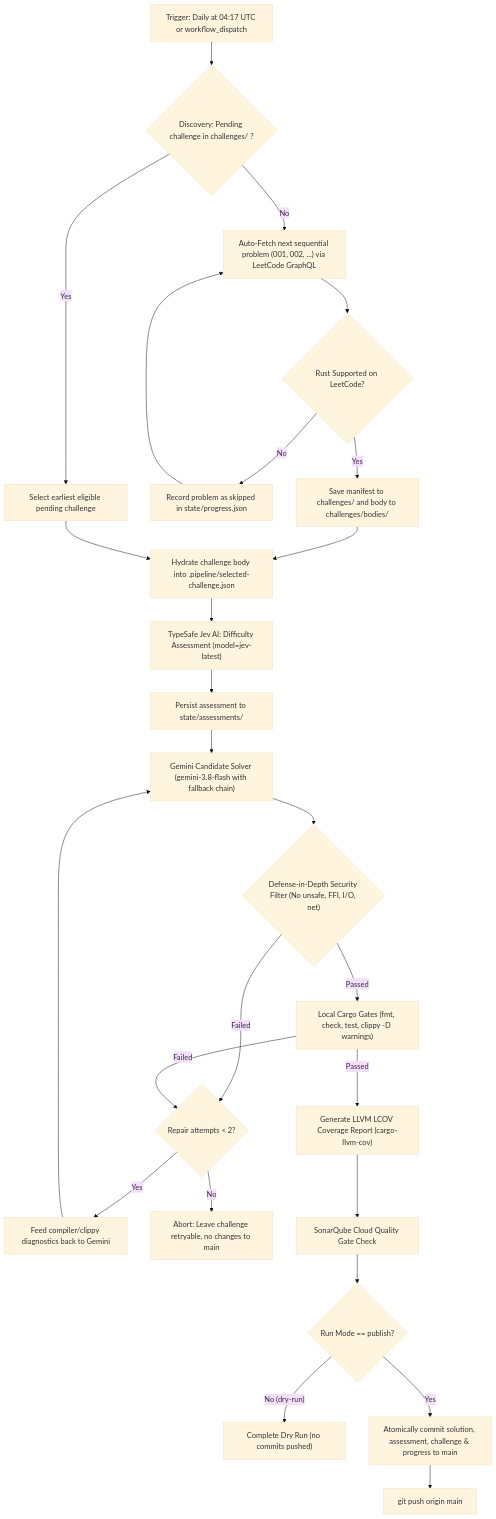
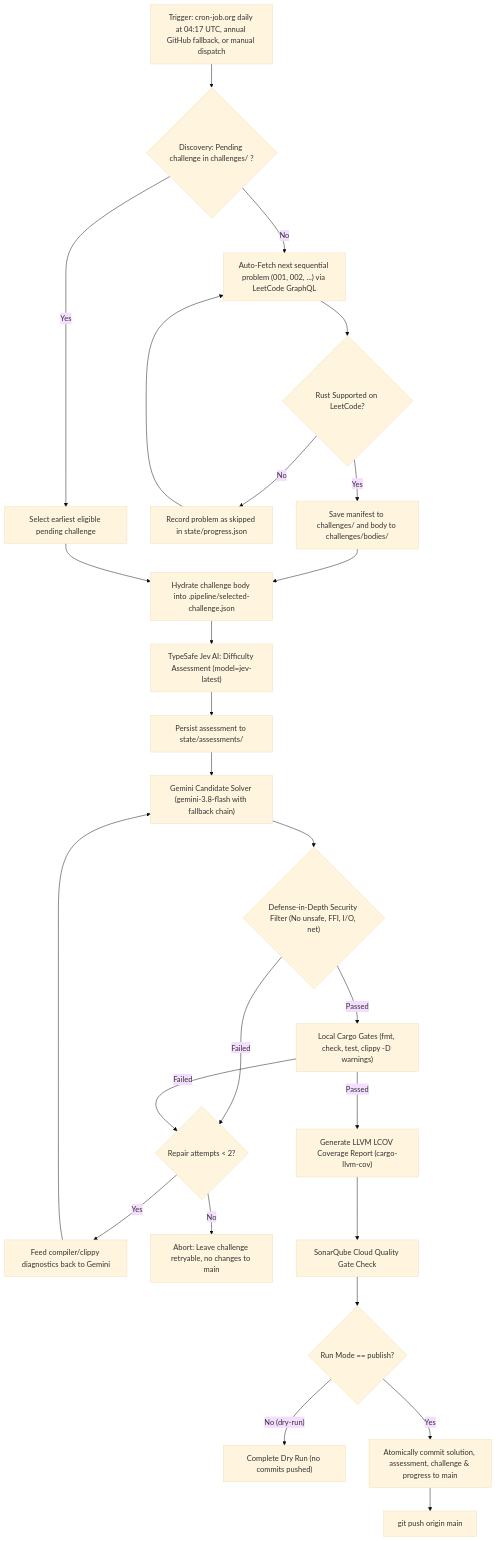
One commit to marcelomiyake/autonomous-rust-leetcode-solver-pipeline changed the first of 2 diagrams in README.md. Above: the diagram before and after it, drawn with Mermaid (base theme). The commit also changed other lines of this file and 2 other files, not shown here.

Commit message:
fix(ci): dispatch solver through cron-job.org

````diff
--- a/README.md
+++ b/README.md
@@ -14,37 +14,37 @@
 ```mermaid
 flowchart TD
-    Trigger["Trigger: Daily at 04:17 UTC or workflow_dispatch"] --> Discovery{"Discovery: Pending challenge in challenges/ ?"}
+    Trigger["Trigger: cron-job.org daily at 04:17 UTC, annual GitHub fallback, or manual dispatch"] --> Discovery{"Discovery: Pending challenge in challenges/ ?"}
 
     Discovery -- Yes --> SelectPending["Select earliest eligible pending challenge"]
     Discovery -- No --> FetchNext["Auto-Fetch next sequential problem (001, 002, ...) via LeetCode GraphQL"]
 
     FetchNext --> CheckRust{"Rust Supported on LeetCode?"}
     CheckRust -- No --> SkipProblem["Record problem as skipped in state/progress.json"]
     SkipProblem --> FetchNext
     CheckRust -- Yes --> SaveChallenge["Save manifest to challenges/ and body to challenges/bodies/"]
 
     SaveChallenge --> Hydrate
     SelectPending --> Hydrate["Hydrate challenge body into .pipeline/selected-challenge.json"]
 
     Hydrate --> JevAssess["TypeSafe Jev AI: Difficulty Assessment (model=jev-latest)"]
     JevAssess --> SaveAssessment["Persist assessment to state/assessments/"]
 
     SaveAssessment --> GeminiGen["Gemini Candidate Solver (gemini-3.8-flash with fallback chain)"]
 
     GeminiGen --> SecurityCheck{"Defense-in-Depth Security Filter (No unsafe, FFI, I/O, net)"}
     SecurityCheck -- Failed --> RepairLoop
     SecurityCheck -- Passed --> CargoValidation["Local Cargo Gates (fmt, check, test, clippy -D warnings)"]
 
     CargoValidation -- Passed --> Coverage["Generate LLVM LCOV Coverage Report (cargo-llvm-cov)"]
     CargoValidation -- Failed --> RepairLoop{"Repair attempts < 2?"}
 
     RepairLoop -- Yes --> FeedDiagnostics["Feed compiler/clippy diagnostics back to Gemini"]
     FeedDiagnostics --> GeminiGen
     RepairLoop -- No --> AbortFail["Abort: Leave challenge retryable, no changes to main"]
 
     Coverage --> SonarCloud["SonarQube Cloud Quality Gate Check"]
     SonarCloud --> PublishCheck{"Run Mode == publish?"}
     PublishCheck -- No (dry-run) --> DryRunFinish["Complete Dry Run (no commits pushed)"]
     PublishCheck -- Yes --> AtomicCommit["Atomically commit solution, assessment, challenge & progress to main"]
     AtomicCommit --> GitPush["git push origin main"]
 ```
````
